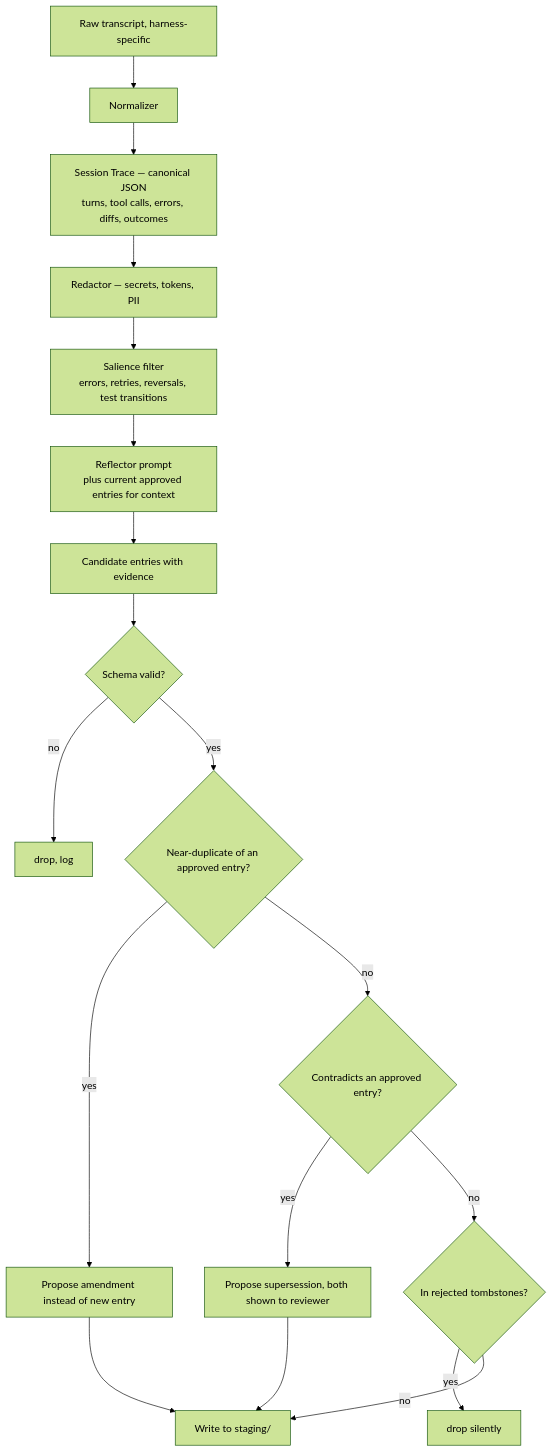
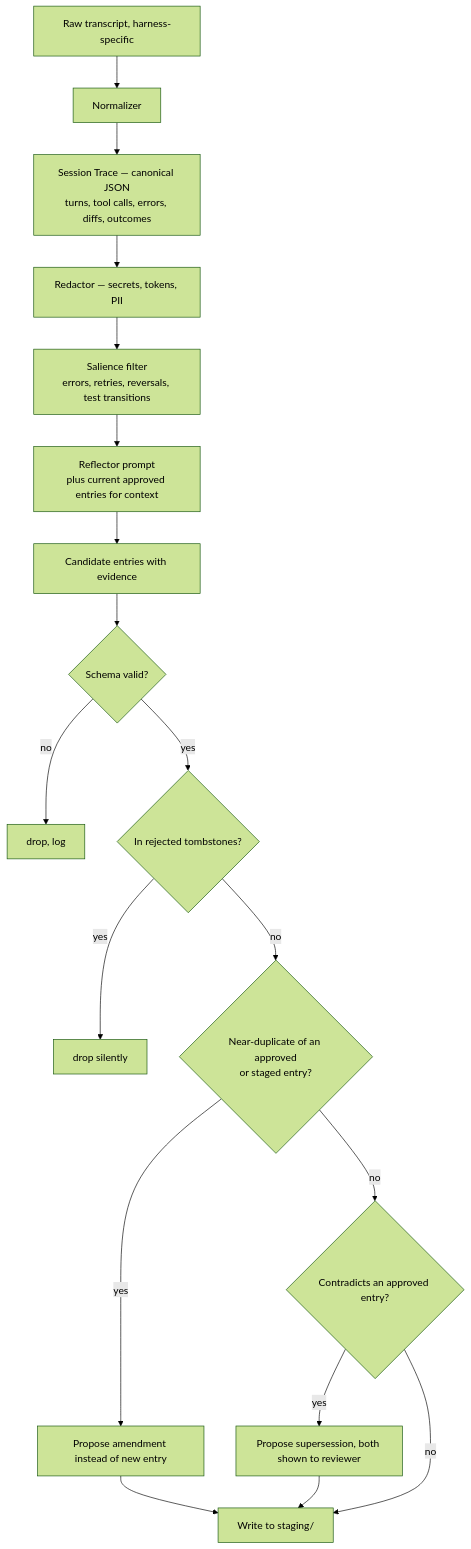
Before and after one commit to VampiricCyborg/Cairn: the fifth of 7 diagrams in README.md, drawn with Mermaid (forest theme). The commit also changed 8 other files, not shown here.

````diff
--- a/README.md
+++ b/README.md
@@ -257,20 +257,20 @@
 ```mermaid
 flowchart TD
     A["Raw transcript, harness-specific"] --> B["Normalizer"]
     B --> C["Session Trace — canonical JSON<br/>turns, tool calls, errors, diffs, outcomes"]
     C --> D["Redactor — secrets, tokens, PII"]
     D --> E["Salience filter<br/>errors, retries, reversals, test transitions"]
     E --> F["Reflector prompt<br/>plus current approved entries for context"]
     F --> G["Candidate entries with evidence"]
     G --> H{"Schema valid?"}
     H -->|no| Z1["drop, log"]
-    H -->|yes| I{"Near-duplicate of an approved entry?"}
+    H -->|yes| M{"In rejected tombstones?"}
+    M -->|yes| Z2["drop silently"]
+    M -->|no| I{"Near-duplicate of an approved<br/>or staged entry?"}
     I -->|yes| J["Propose amendment instead of new entry"]
     I -->|no| K{"Contradicts an approved entry?"}
     K -->|yes| L["Propose supersession, both shown to reviewer"]
-    K -->|no| M{"In rejected tombstones?"}
-    M -->|yes| Z2["drop silently"]
-    M -->|no| N["Write to staging/"]
+    K -->|no| N["Write to staging/"]
     J --> N
     L --> N
 ```
````
